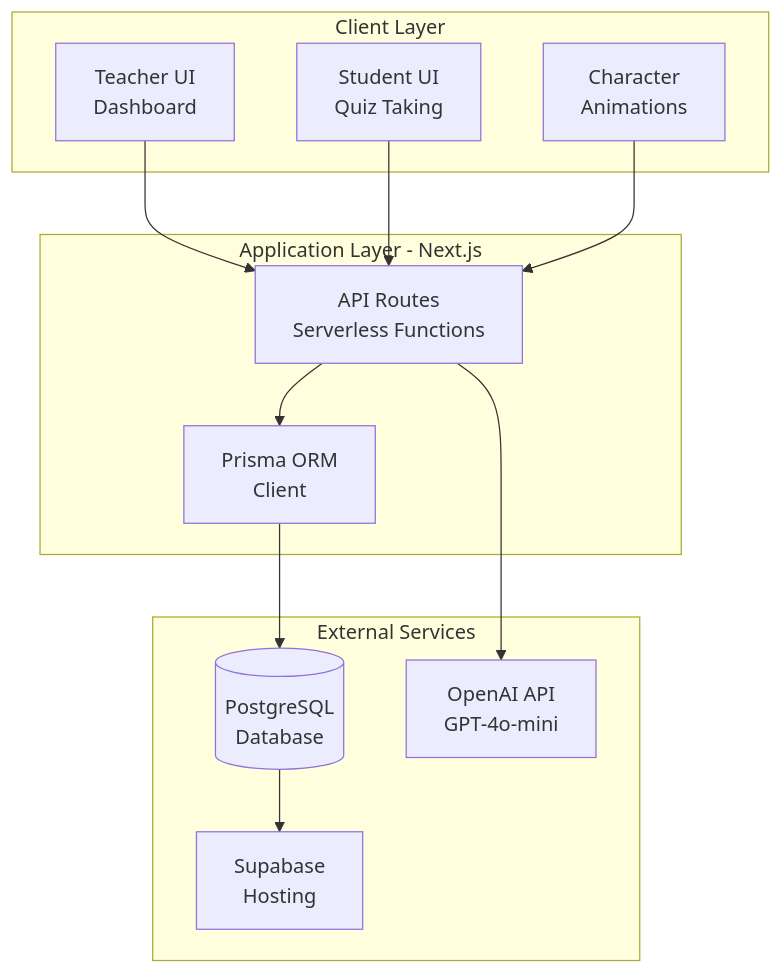
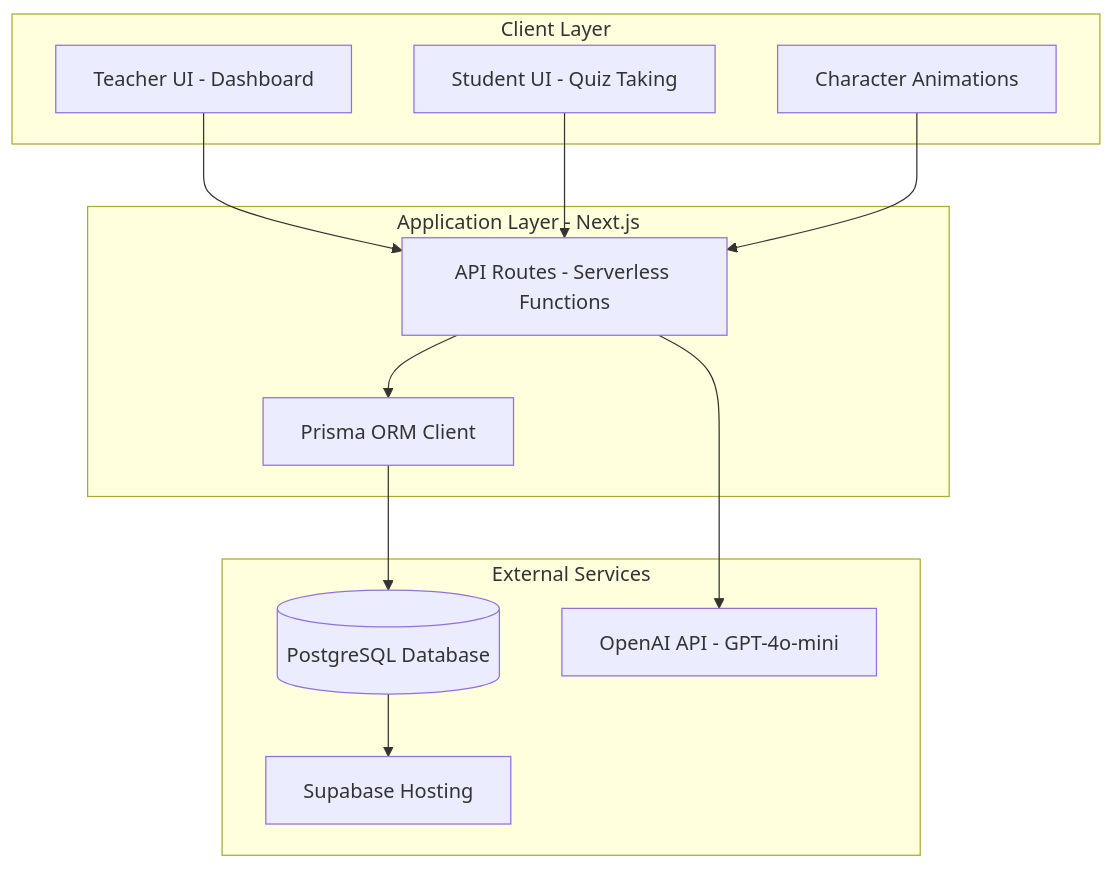
The first of 8 diagrams in docs/ARCHITECTURE_DIAGRAMS.md (Anas001989/quiz-companion), drawn with Mermaid before and after one commit. The commit also changed other lines of this file, not shown here.

Commit message:
fix- fixing the Mermaid parsing errors

````diff
--- a/docs/ARCHITECTURE_DIAGRAMS.md
+++ b/docs/ARCHITECTURE_DIAGRAMS.md
@@ -13,27 +13,27 @@
 ```mermaid
 graph TB
     subgraph "Client Layer"
-        T[Teacher UI<br/>Dashboard]
-        S[Student UI<br/>Quiz Taking]
-        C[Character<br/>Animations]
+        T["Teacher UI - Dashboard"]
+        S["Student UI - Quiz Taking"]
+        C["Character Animations"]
     end
     
     subgraph "Application Layer - Next.js"
-        API[API Routes<br/>Serverless Functions]
-        PR[Prisma ORM<br/>Client]
+        API["API Routes - Serverless Functions"]
+        PR["Prisma ORM Client"]
     end
     
     subgraph "External Services"
-        DB[(PostgreSQL<br/>Database)]
-        AI[OpenAI API<br/>GPT-4o-mini]
-        SB[Supabase<br/>Hosting]
+        DB[("PostgreSQL Database")]
+        AI["OpenAI API - GPT-4o-mini"]
+        SB["Supabase Hosting"]
     end
     
     T --> API
     S --> API
     C --> API
     API --> PR
     API --> AI
     PR --> DB
     DB --> SB
 ```
````
